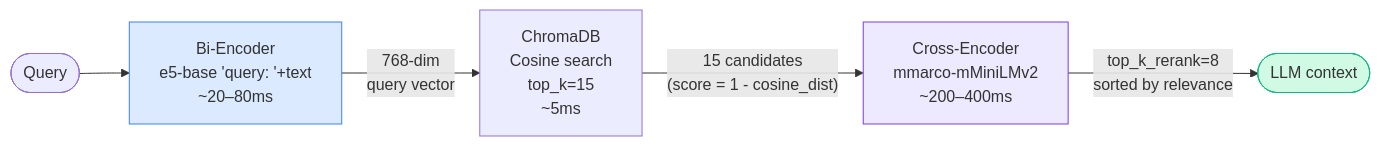
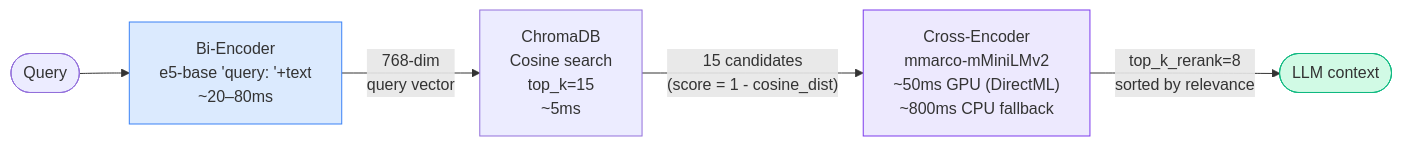
One commit to FabianHentrich/lorekeeper changed the first of 2 diagrams in docs/embedding-strategy.md. Above: the diagram before and after it, drawn with Mermaid. The commit also changed other lines of this file and 8 other files, not shown here.

````diff
--- a/docs/embedding-strategy.md
+++ b/docs/embedding-strategy.md
@@ -209,11 +237,11 @@
 ```mermaid
 flowchart LR
     Q([Query]) --> BE["Bi-Encoder\ne5-base 'query: '+text\n~20–80ms"]
     BE -->|"768-dim\nquery vector"| CS["ChromaDB\nCosine search\ntop_k=15\n~5ms"]
-    CS -->|"15 candidates\n(score = 1 - cosine_dist)"| CE["Cross-Encoder\nmmarco-mMiniLMv2\n~200–400ms"]
+    CS -->|"15 candidates\n(score = 1 - cosine_dist)"| CE["Cross-Encoder\nmmarco-mMiniLMv2\n~50ms GPU (DirectML)\n~800ms CPU fallback"]
     CE -->|"top_k_rerank=8\nsorted by relevance"| LLM([LLM context])
 
     style BE fill:#dbeafe,stroke:#3b82f6
     style CE fill:#ede9fe,stroke:#7c3aed
     style LLM fill:#d1fae5,stroke:#10b981
 ```
````
